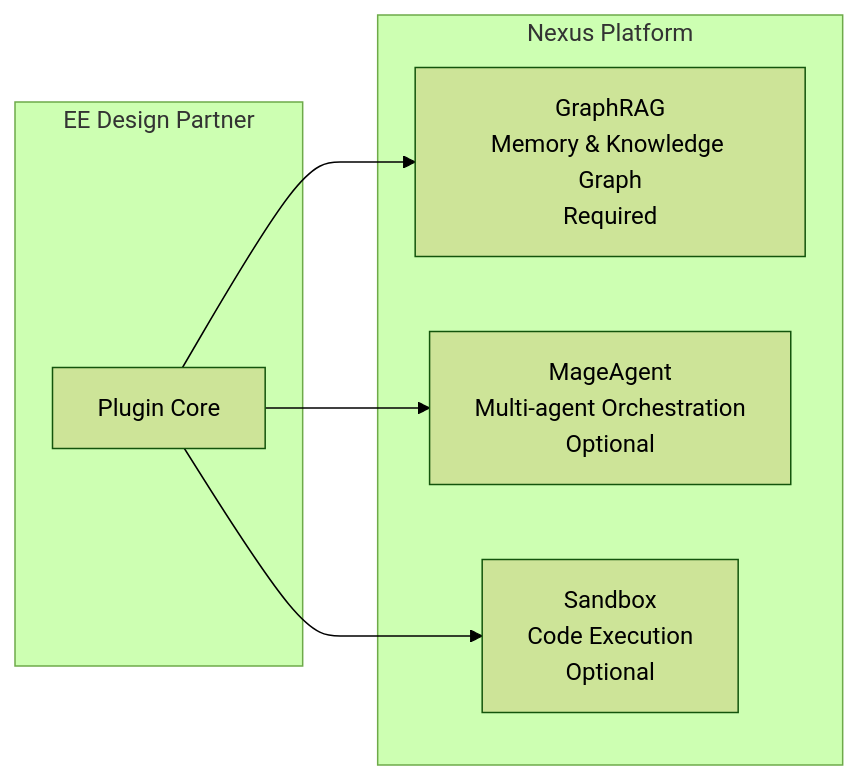
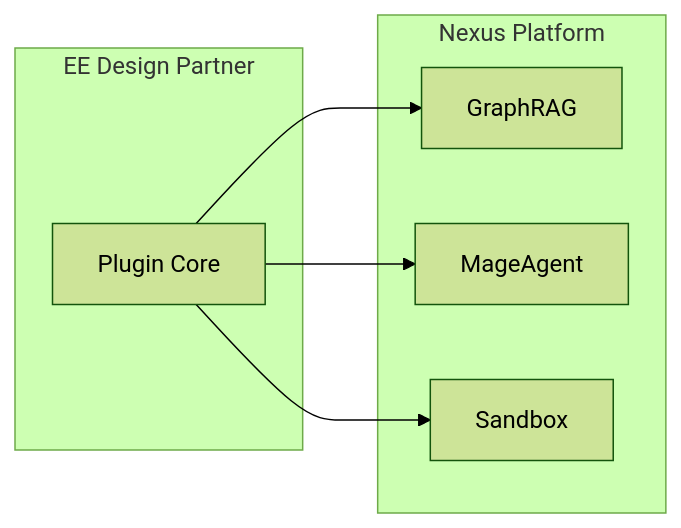
Before and after one commit to adverant/adverant-nexus-ee-design-partner: the sixth of 9 diagrams in ARCHITECTURE.md, drawn with Mermaid (forest theme). The commit also changed other lines of this file, not shown here.

First line of the commit message:
docs: fix Mermaid diagram rendering for marketplace

````diff
--- a/ARCHITECTURE.md
+++ b/ARCHITECTURE.md
@@ -239,16 +251,16 @@
 ```mermaid
 graph LR
     subgraph "EE Design Partner"
         Plugin[Plugin Core]
     end
 
     subgraph "Nexus Platform"
-        GraphRAG[GraphRAG<br/>Memory & Knowledge Graph<br/>Required]
-        MageAgent[MageAgent<br/>Multi-agent Orchestration<br/>Optional]
-        Sandbox[Sandbox<br/>Code Execution<br/>Optional]
+        GraphRAG[GraphRAG]
+        MageAgent[MageAgent]
+        Sandbox[Sandbox]
     end
 
     Plugin --> GraphRAG
     Plugin --> MageAgent
     Plugin --> Sandbox
 ```
````
